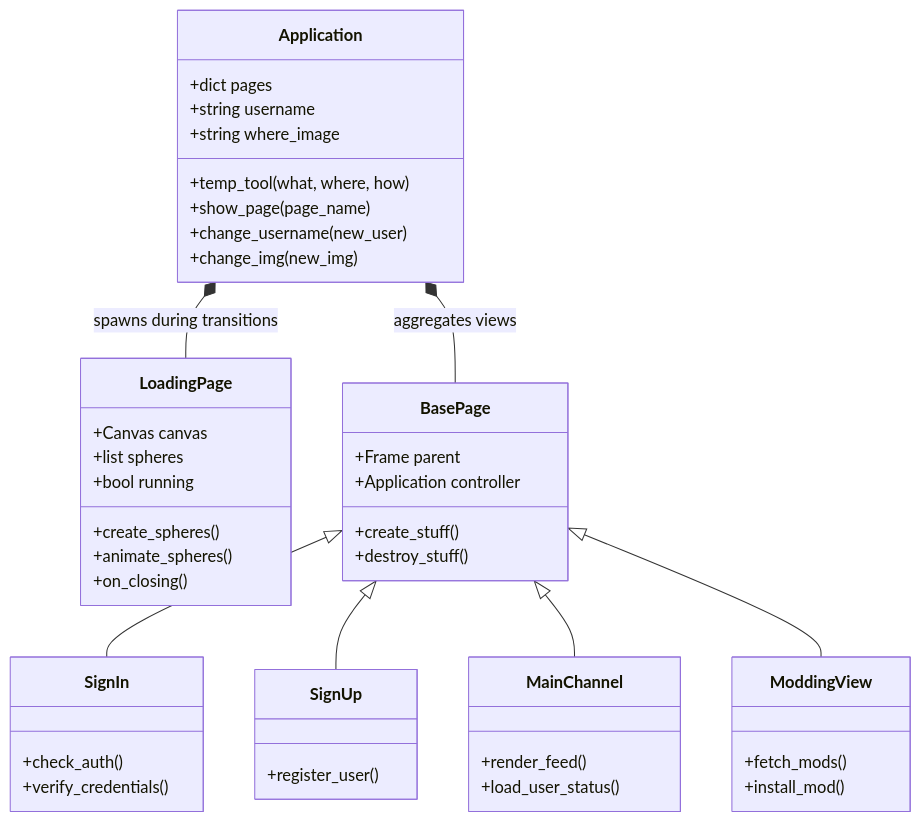
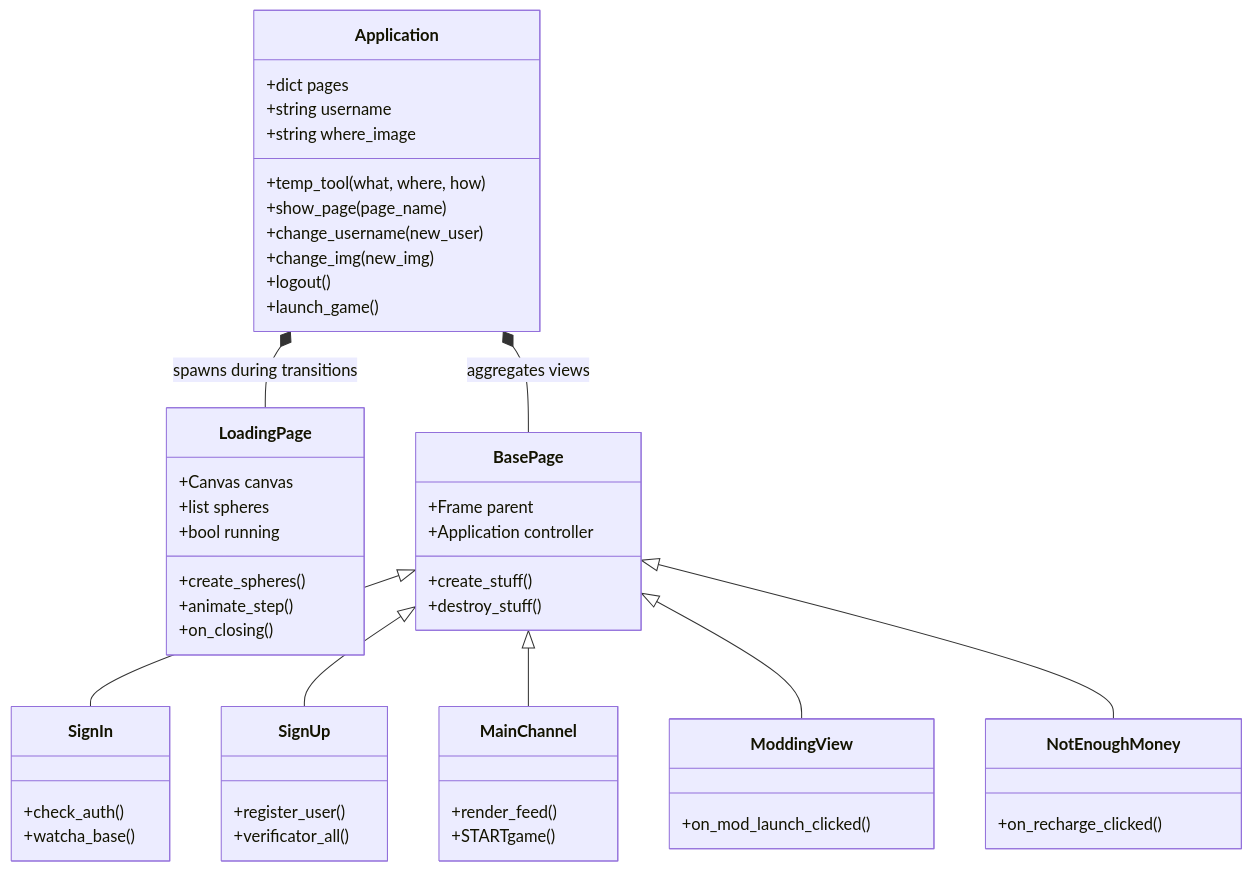
One commit to TheZen46/vlib-desktop-client changed the diagram in docs/ARCHITECTURE.md. Above: the diagram before and after it, drawn with Mermaid. The commit also changed other lines of this file, not shown here.

Commit message:
docs(arch): document High-Level Router Pattern & Page Lifecycle in ARCHITECTURE.md

````diff
--- a/docs/ARCHITECTURE.md
+++ b/docs/ARCHITECTURE.md
@@ -11,54 +12,61 @@
 ```mermaid
 classDiagram
     class Application {
         +dict pages
         +string username
         +string where_image
         +temp_tool(what, where, how)
         +show_page(page_name)
         +change_username(new_user)
         +change_img(new_img)
+        +logout()
+        +launch_game()
     }
 
     class LoadingPage {
         +Canvas canvas
         +list spheres
         +bool running
         +create_spheres()
-        +animate_spheres()
+        +animate_step()
         +on_closing()
     }
 
     class BasePage {
         +Frame parent
         +Application controller
         +create_stuff()
         +destroy_stuff()
     }
 
     class SignIn {
         +check_auth()
-        +verify_credentials()
+        +watcha_base()
     }
 
     class SignUp {
         +register_user()
+        +verificator_all()
     }
 
     class MainChannel {
         +render_feed()
-        +load_user_status()
+        +STARTgame()
     }
 
     class ModdingView {
-        +fetch_mods()
-        +install_mod()
+        +on_mod_launch_clicked()
+    }
+
+    class NotEnoughMoney {
+        +on_recharge_clicked()
     }
 
     Application *-- LoadingPage : spawns during transitions
     Application *-- BasePage : aggregates views
     BasePage <|-- SignIn
     BasePage <|-- SignUp
     BasePage <|-- MainChannel
     BasePage <|-- ModdingView
+    BasePage <|-- NotEnoughMoney
 ```
````
